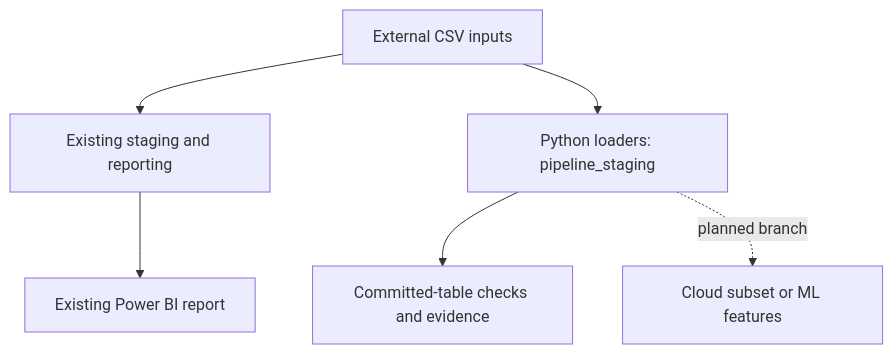
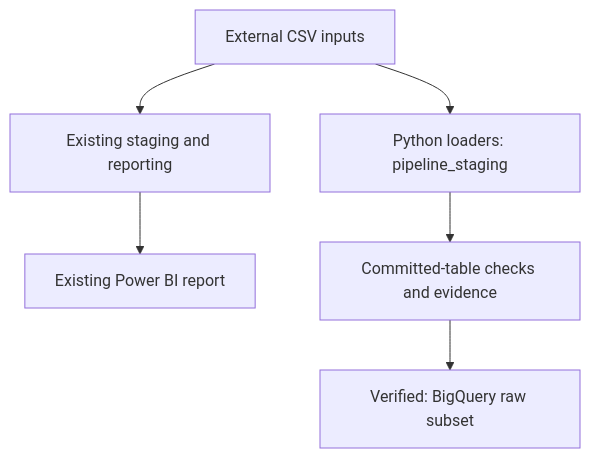
Before and after one commit to Saurabhzambare/instacart-sql-powerbi-analysis: the diagram in docs/assets/project_planning/01_scope_architecture.mmd, drawn with Mermaid. The commit also changed 35 other files, not shown here.

First line of the commit message:
Add verified BigQuery loading and SQL reconciliation

```diff
--- a/docs/assets/project_planning/01_scope_architecture.mmd
+++ b/docs/assets/project_planning/01_scope_architecture.mmd
@@ -1,6 +1,6 @@
 flowchart TD
     CSV["External CSV inputs"] --> OLD["Existing staging and reporting"]
     CSV --> NEW["Python loaders: pipeline_staging"]
     OLD --> BI["Existing Power BI report"]
     NEW --> CHECK["Committed-table checks and evidence"]
-    NEW -. "planned branch" .-> FUTURE["Cloud subset or ML features"]
+    CHECK --> CLOUD["Verified: BigQuery raw subset"]
```
